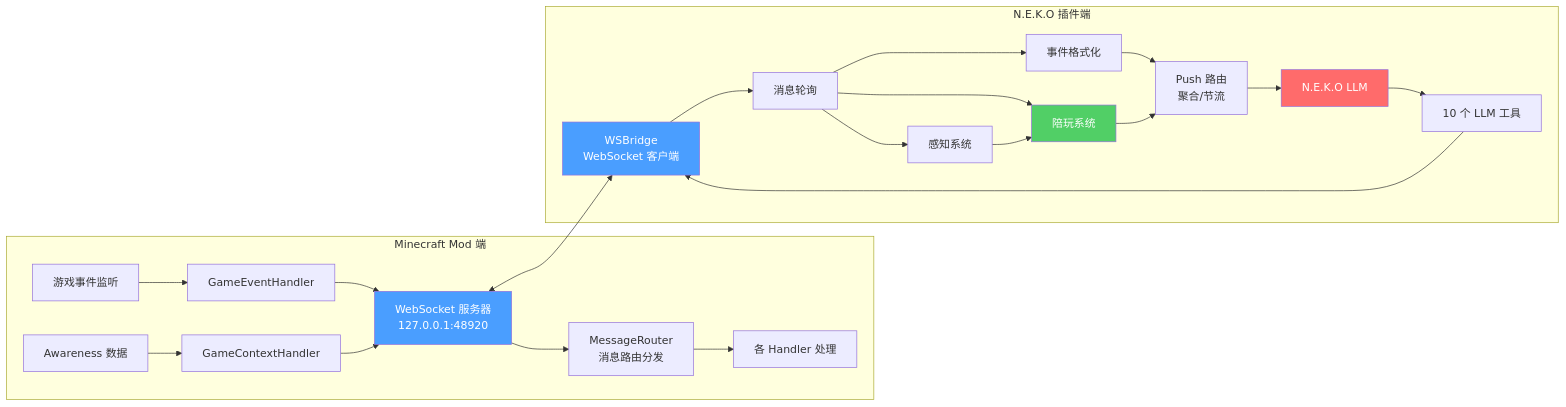
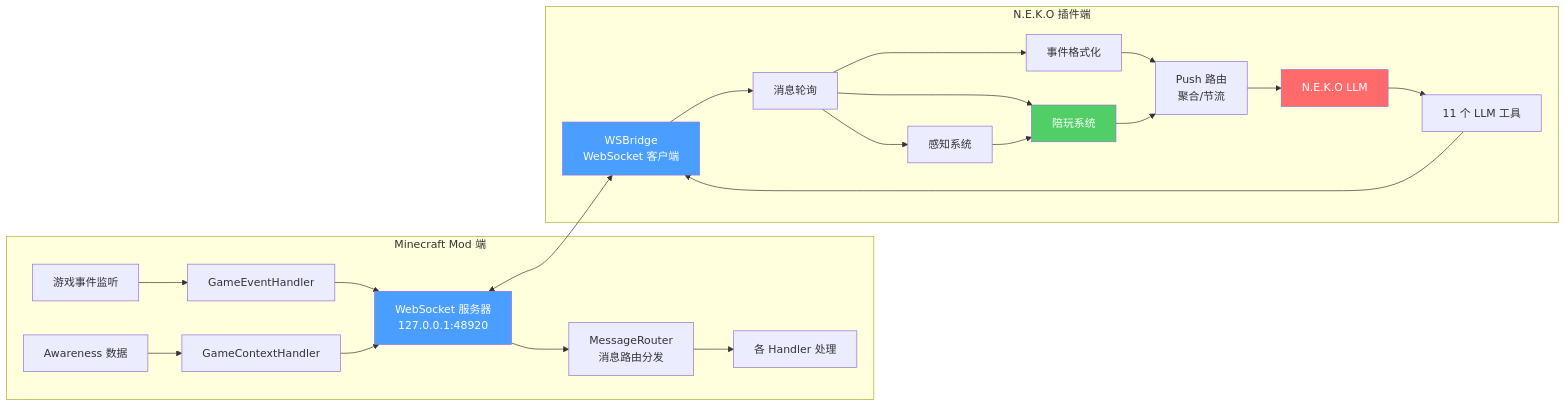
One commit to CN-Zephyr/N.E.K.OxTLM changed the diagram in README.md. Above: the diagram before and after it, drawn with Mermaid. The commit also changed other lines of this file and 18 other files, not shown here.

````diff
--- a/README.md
+++ b/README.md
@@ -9,30 +9,30 @@
 ```mermaid
 graph LR
     subgraph Minecraft Mod 端
         A[游戏事件监听] --> B[GameEventHandler]
         C[Awareness 数据] --> D[GameContextHandler]
         B --> E[WebSocket 服务器<br>127.0.0.1:48920]
         D --> E
         E --> F[MessageRouter<br>消息路由分发]
         F --> G[各 Handler 处理]
     end
 
     subgraph N.E.K.O 插件端
         H[WSBridge<br>WebSocket 客户端] --> I[消息轮询]
         E <--> H
         I --> J[事件格式化]
         I --> K[感知系统]
         I --> L[陪玩系统]
         K --> L
         J --> M[Push 路由<br>聚合/节流]
         L --> M
         M --> N[N.E.K.O LLM]
-        N --> O[10 个 LLM 工具]
+        N --> O[11 个 LLM 工具]
         O --> H
     end
 
     style E fill:#4a9eff,color:#fff
     style H fill:#4a9eff,color:#fff
     style N fill:#ff6b6b,color:#fff
     style L fill:#51cf66,color:#fff
 ```
````
